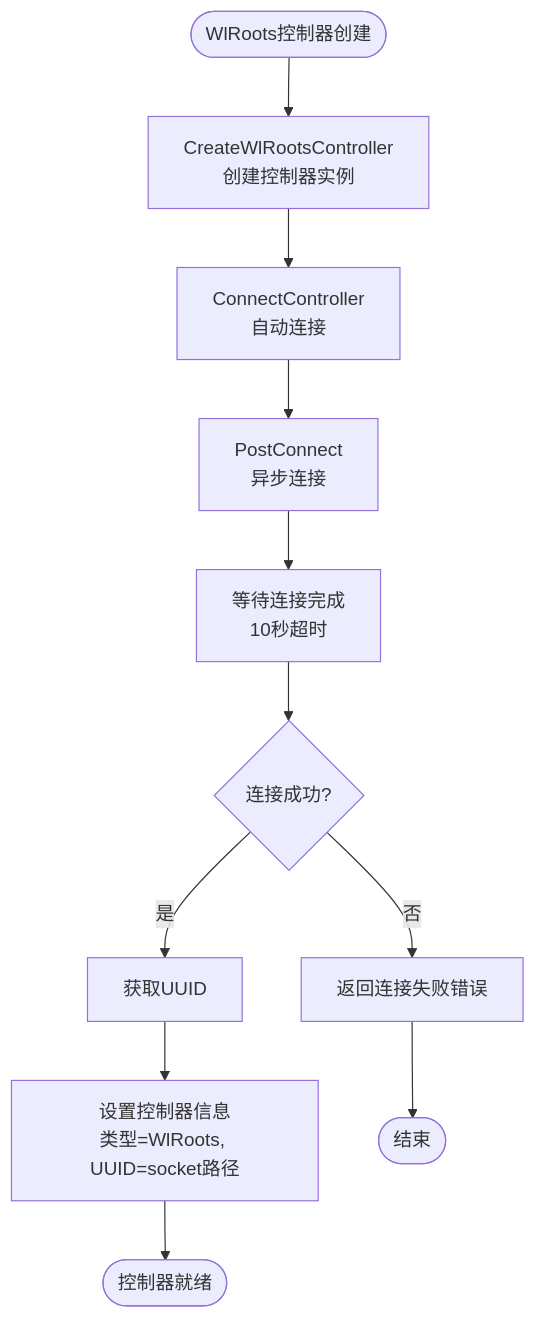
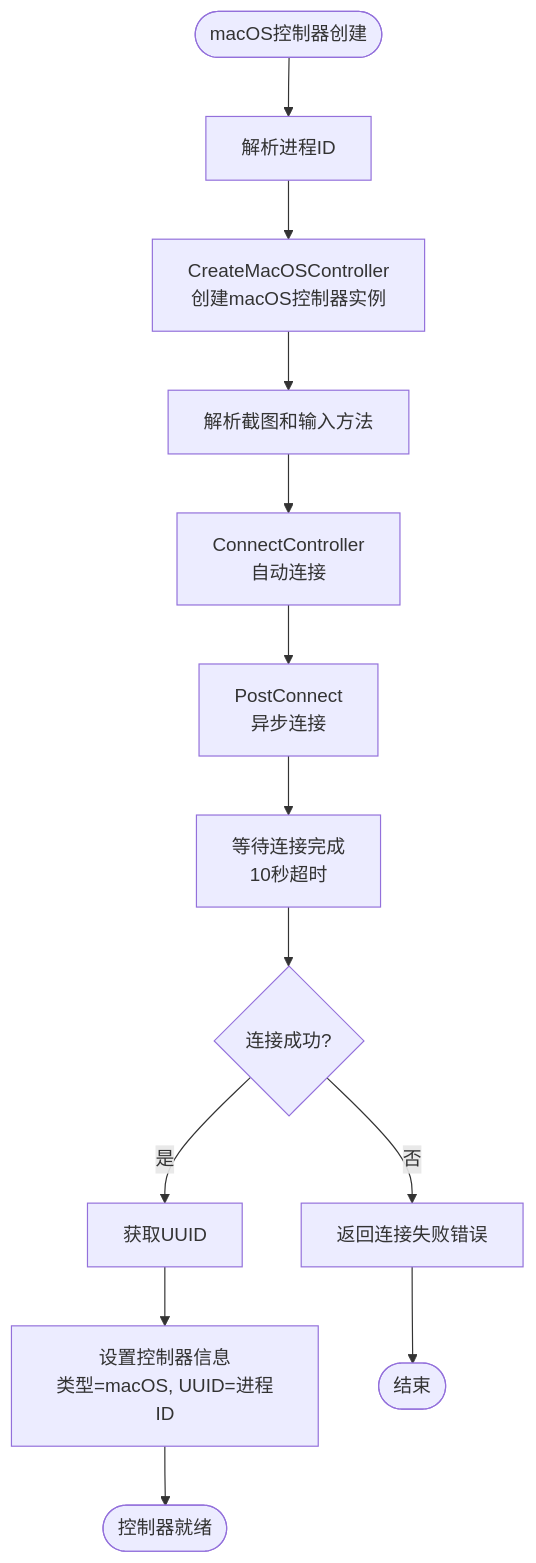
The fifth of 12 diagrams in .qoder/repowiki/zh/content/核心概念/通信协议/MFW协议.md (kqcoxn/MaaPipelineEditor), drawn with Mermaid before and after one commit. The commit also changed other lines of this file and 6 other files, not shown here.

````diff
--- a/.qoder/repowiki/zh/content/核心概念/通信协议/MFW协议.md
+++ b/.qoder/repowiki/zh/content/核心概念/通信协议/MFW协议.md
@@ -286,13 +291,15 @@
 ```mermaid
 flowchart TD
-Start(["WlRoots控制器创建"]) --> Create["CreateWlRootsController<br/>创建控制器实例"]
-Create --> Connect["ConnectController<br/>自动连接"]
+Start(["macOS控制器创建"]) --> ParsePID["解析进程ID"]
+ParsePID --> Create["CreateMacOSController<br/>创建macOS控制器实例"]
+Create --> ParseMethods["解析截图和输入方法"]
+ParseMethods --> Connect["ConnectController<br/>自动连接"]
 Connect --> PostConnect["PostConnect<br/>异步连接"]
 PostConnect --> Wait["等待连接完成<br/>10秒超时"]
 Wait --> Success{"连接成功?"}
 Success --> |是| GetUUID["获取UUID"]
 Success --> |否| Error["返回连接失败错误"]
-GetUUID --> SetInfo["设置控制器信息<br/>类型=WlRoots, UUID=socket路径"]
+GetUUID --> SetInfo["设置控制器信息<br/>类型=macOS, UUID=进程ID"]
 SetInfo --> Done(["控制器就绪"])
 Error --> End(["结束"])
 ```
````
